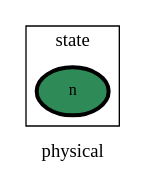
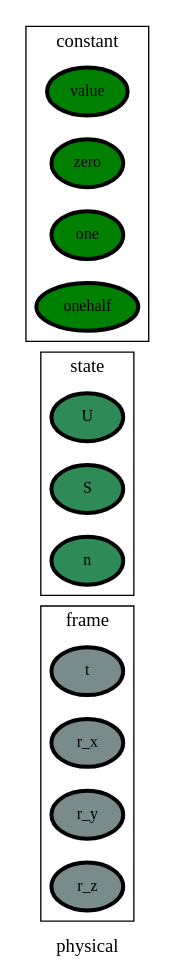
Before and after one commit to heinz-preisig/processes_distributed_no_interface_eqs: the diagram in ontology_graphs/graph__physical.dot, drawn with Graphviz. The commit also changed 88 other files, not shown here.

```diff
--- a/ontology_graphs/graph__physical.dot
+++ b/ontology_graphs/graph__physical.dot
@@ -1,60 +1,70 @@
 digraph physical {
 label=physical;
 rankdir=LR;
 subgraph cluster_physical___network {
 label=network;
 rankdir=LR;
 }
 
 subgraph cluster_physical___differenceOperator {
 label=differenceOperator;
 rankdir=LR;
 }
 
 subgraph cluster_physical___frame {
 label=frame;
 rankdir=LR;
+V_5 [fillcolor=lightcyan4, fontsize=12, label=t, penwidth=3, style=filled];
+V_6 [fillcolor=lightcyan4, fontsize=12, label=r_x, penwidth=3, style=filled];
+V_7 [fillcolor=lightcyan4, fontsize=12, label=r_y, penwidth=3, style=filled];
+V_8 [fillcolor=lightcyan4, fontsize=12, label=r_z, penwidth=3, style=filled];
 }
 
 subgraph cluster_physical___state {
 label=state;
 rankdir=LR;
-V_1 [fillcolor=seagreen4, fontsize=12, label=n, penwidth=3, style=filled];
+V_9 [fillcolor=seagreen4, fontsize=12, label=U, penwidth=3, style=filled];
+V_10 [fillcolor=seagreen4, fontsize=12, label=S, penwidth=3, style=filled];
+V_11 [fillcolor=seagreen4, fontsize=12, label=n, penwidth=3, style=filled];
 }
 
 subgraph cluster_physical___constant {
 label=constant;
 rankdir=LR;
+V_1 [fillcolor=green, fontsize=12, label=value, penwidth=3, style=filled];
+V_2 [fillcolor=green, fontsize=12, label=zero, penwidth=3, style=filled];
+V_3 [fillcolor=green, fontsize=12, label=one, penwidth=3, style=filled];
+V_4 [fillcolor=green, fontsize=12, label=onehalf, penwidth=3, style=filled];
 }
 
 subgraph cluster_physical___effort {
 label=effort;
 rankdir=LR;
 }
 
 subgraph cluster_physical___secondaryState {
 label=secondaryState;
 rankdir=LR;
 }
 
 subgraph cluster_physical___diffState {
 label=diffState;
 rankdir=LR;
 }
 
 subgraph cluster_physical___conversion {
 label=conversion;
 rankdir=LR;
 }
 
 subgraph cluster_physical___controlInput {
 label=controlInput;
 rankdir=LR;
 }
 
 subgraph cluster_physical___observation {
 label=observation;
 rankdir=LR;
 }
 
 }
```
